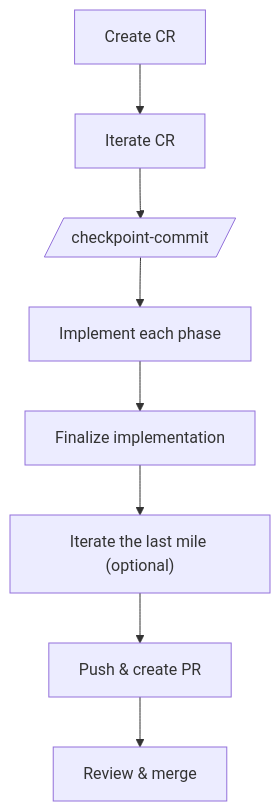
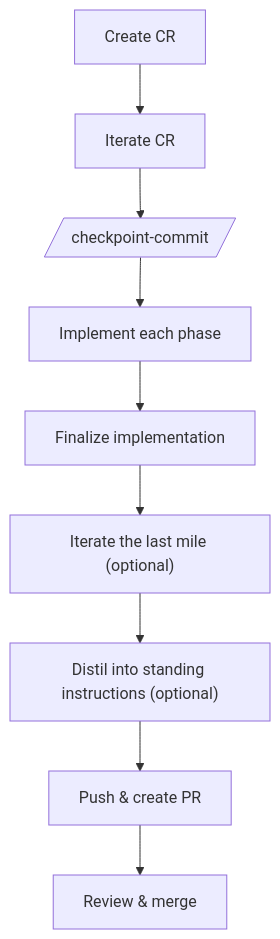
One commit to desek/governance changed the first of 4 diagrams in WORKFLOW.md. Above: the diagram before and after it, drawn with Mermaid. The commit also changed other lines of this file and 34 other files, not shown here.

````diff
--- a/WORKFLOW.md
+++ b/WORKFLOW.md
@@ -15,10 +15,11 @@
 ```mermaid
 flowchart TD
     A[Create CR] --> B[Iterate CR]
     B --> C[/checkpoint-commit/]
     C --> D[Implement each phase]
     D --> E[Finalize implementation]
     E --> F["Iterate the last mile (optional)"]
-    F --> G[Push & create PR]
+    F --> F2["Distil into standing instructions (optional)"]
+    F2 --> G[Push & create PR]
     G --> H[Review & merge]
 ```
````
